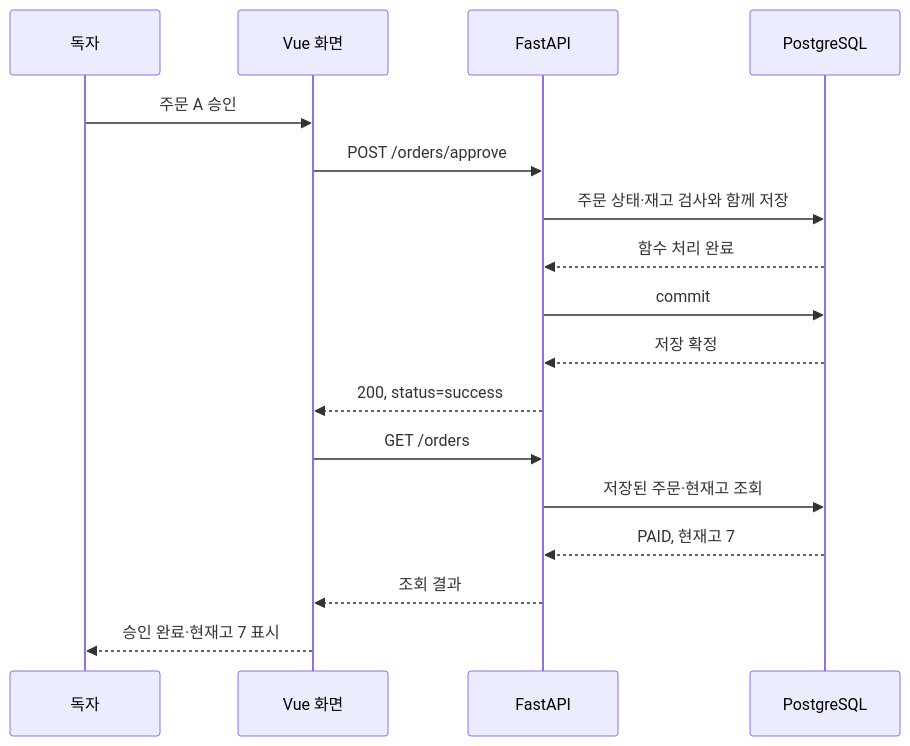
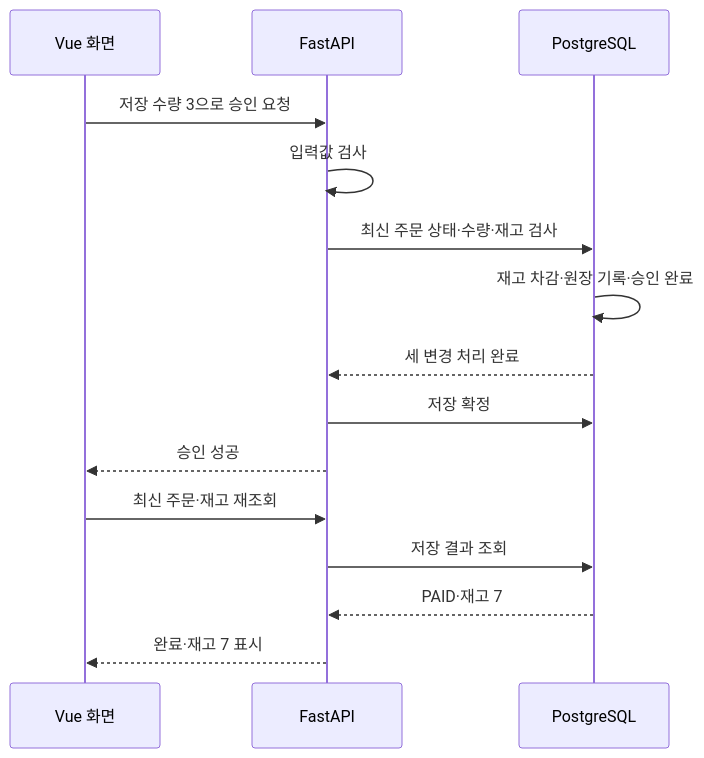
One commit to totobabycomanch-droid/foundation-lab-kit changed the first of 2 diagrams in docs/11_chapter11.md. Above: the diagram before and after it, drawn with Mermaid. The commit also changed other lines of this file and 14 other files, not shown here.

````diff
--- a/docs/11_chapter11.md
+++ b/docs/11_chapter11.md
@@ -418,19 +435,17 @@
 ```mermaid
 sequenceDiagram
-    participant U as 독자
     participant V as Vue 화면
     participant A as FastAPI
     participant D as PostgreSQL
-    U->>V: 주문 A 승인
-    V->>A: POST /orders/approve
-    A->>D: 주문 상태·재고 검사와 함께 저장
-    D-->>A: 함수 처리 완료
-    A->>D: commit
-    D-->>A: 저장 확정
-    A-->>V: 200, status=success
-    V->>A: GET /orders
-    A->>D: 저장된 주문·현재고 조회
-    D-->>A: PAID, 현재고 7
-    A-->>V: 조회 결과
-    V-->>U: 승인 완료·현재고 7 표시
+    V->>A: 저장 수량 3으로 승인 요청
+    A->>A: 입력값 검사
+    A->>D: 최신 주문 상태·수량·재고 검사
+    D->>D: 재고 차감·원장 기록·승인 완료
+    D-->>A: 세 변경 처리 완료
+    A->>D: 저장 확정
+    A-->>V: 승인 성공
+    V->>A: 최신 주문·재고 재조회
+    A->>D: 저장 결과 조회
+    D-->>A: PAID·재고 7
+    A-->>V: 완료·재고 7 표시
 ```
````
